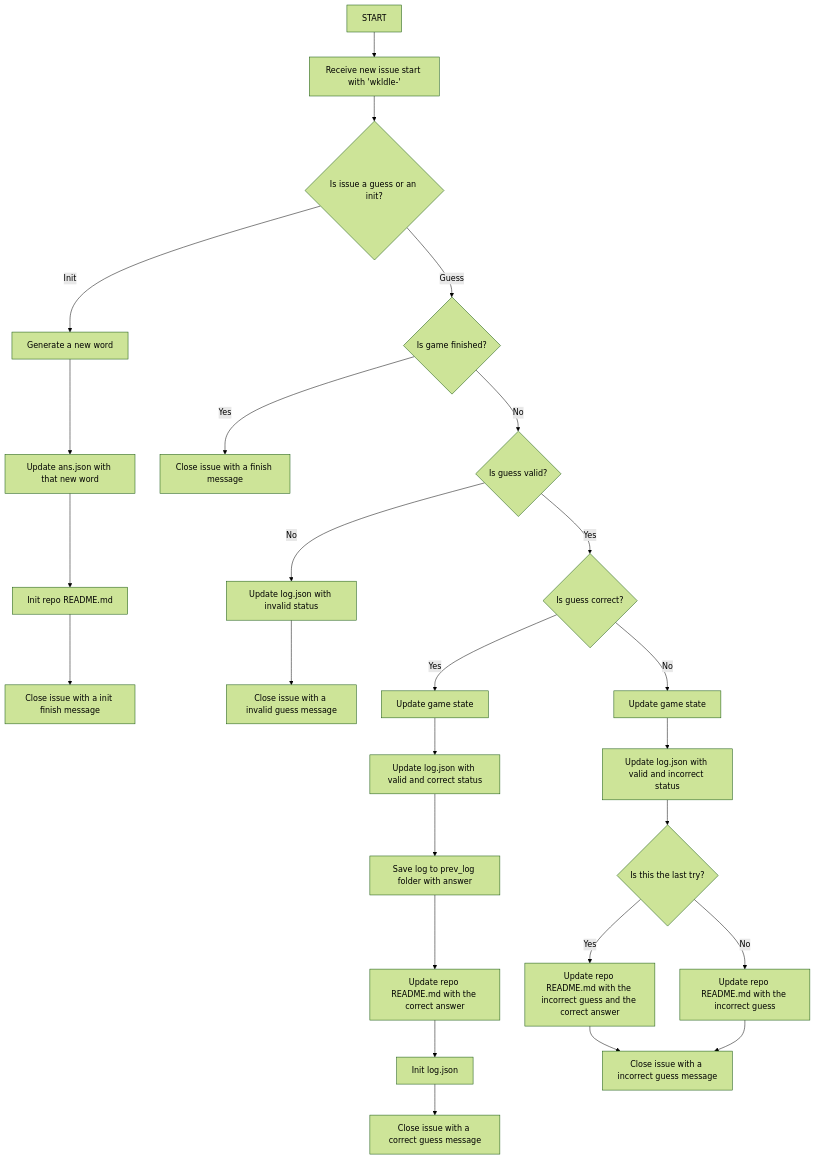
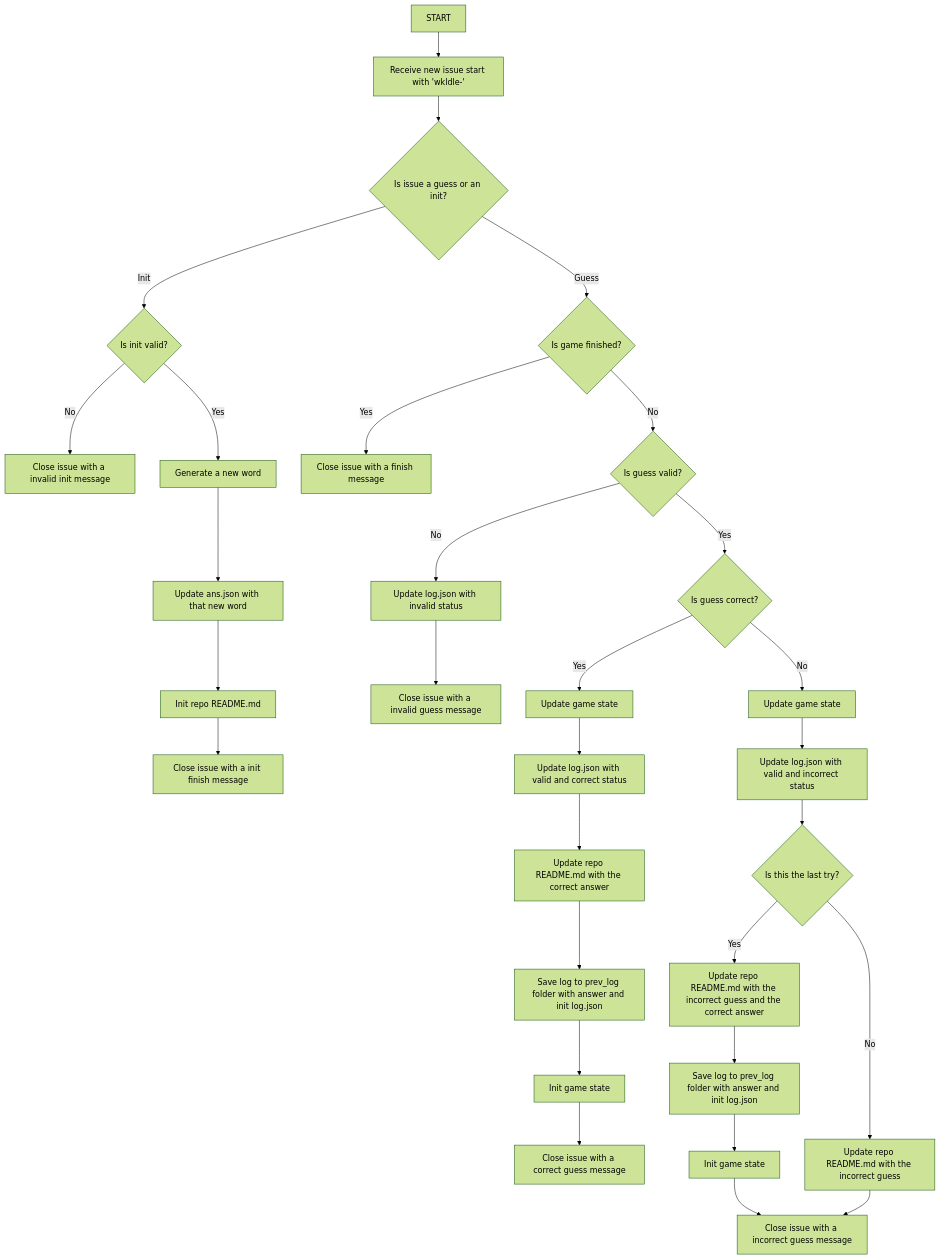
The first of 2 diagrams in doc.md (WKL10086/WKL10086), drawn with Mermaid (forest theme) before and after one commit. The commit also changed other lines of this file, not shown here.

Commit message:
Add daily game flow

````diff
--- a/doc.md
+++ b/doc.md
@@ -3,28 +3,32 @@
 ```mermaid
 graph TD
 start[START] --> new_issue[Receive new issue start with 'wkldle-']
 new_issue --> guess_or_init{Is issue a guess or an init?}
-guess_or_init --> |Init| new_word[Generate a new word]
+guess_or_init --> |Init| is_valid_init{Is init valid?}
+is_valid_init --> |No| close_issue_init_invalid[Close issue with a invalid init message]
+is_valid_init --> |Yes| new_word[Generate a new word]
 new_word --> save_new_word[Update ans.json with that new word]
 save_new_word --> init_readme[Init repo README.md]
 init_readme --> close_issue_init[Close issue with a init finish message]
 guess_or_init --> |Guess| is_finished{Is game finished?}
 is_finished --> |Yes| close_issue_finish[Close issue with a finish message]
 is_finished --> |No| is_valid{Is guess valid?}
 is_valid --> |No| update_log_invalid[Update log.json with invalid status]
-update_log_invalid --> close_issue_invalid[Close issue with a invalid guess message]
+update_log_invalid --> close_issue_guess_invalid[Close issue with a invalid guess message]
 is_valid --> |Yes| is_correct{Is guess correct?}
 is_correct --> |Yes| update_game_state_correct[Update game state]
 update_game_state_correct --> update_log_correct[Update log.json with valid and correct status]
-update_log_correct --> save_log[Save log to prev_log folder with answer]
-save_log --> update_readme_correct[Update repo README.md with the correct answer]
-update_readme_correct --> init_log[Init log.json]
-init_log --> close_issue_correct[Close issue with a correct guess message]
+update_log_correct --> update_readme_correct[Update repo README.md with the correct answer]
+update_readme_correct --> save_and_init[Save log to prev_log folder with answer and init log.json]
+save_and_init --> init_game_state_correct[Init game state]
+init_game_state_correct --> close_issue_correct[Close issue with a correct guess message]
 is_correct --> |No| update_game_state_incorrect[Update game state]
 update_game_state_incorrect --> update_log_incorrect[Update log.json with valid and incorrect status]
 update_log_incorrect --> is_last_try{Is this the last try?}
 is_last_try --> |Yes| update_readme_finish[Update repo README.md with the incorrect guess and the correct answer]
-update_readme_finish --> close_issue_incorrect[Close issue with a incorrect guess message]
+update_readme_finish --> save_last_try_and_init[Save log to prev_log folder with answer and init log.json]
+save_last_try_and_init --> init_game_state_last_try[Init game state]
+init_game_state_last_try --> close_issue_incorrect[Close issue with a incorrect guess message]
 is_last_try --> |No| update_readme_incorrect[Update repo README.md with the incorrect guess]
 update_readme_incorrect --> close_issue_incorrect
 ```
````
